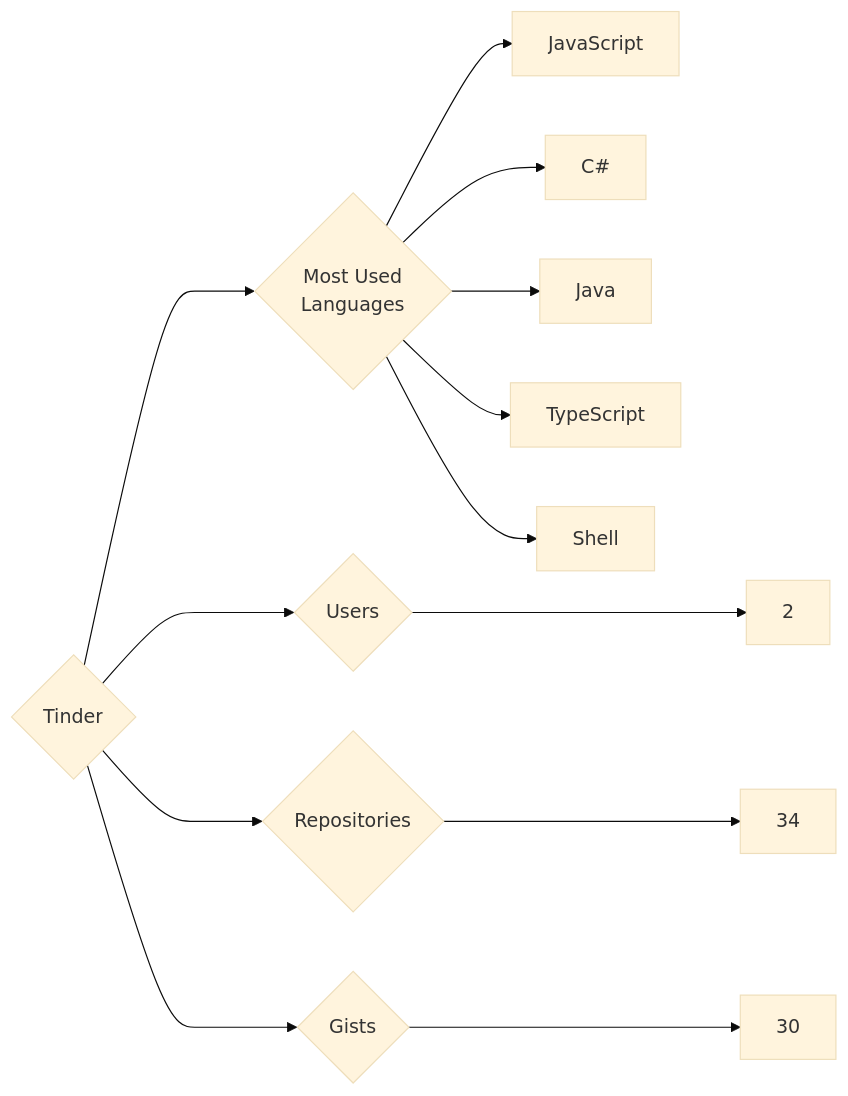
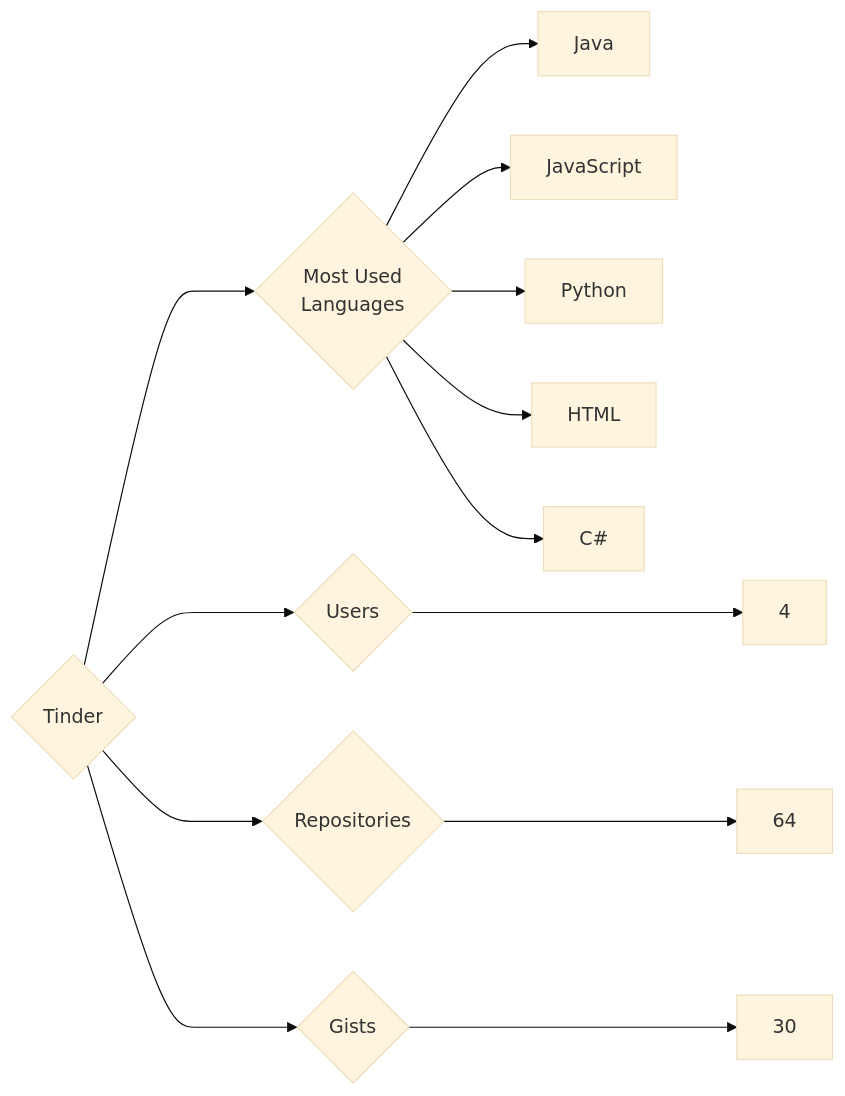
One commit to trickest/insiders changed the diagram in targets/Tinder/README.md. Above: the diagram before and after it, drawn with Mermaid (base theme). The commit also changed 895 other files, not shown here.

````diff
--- a/targets/Tinder/README.md
+++ b/targets/Tinder/README.md
@@ -3,13 +3,13 @@
 ```mermaid
 graph LR
 COMPANY_NAME{Tinder}
-COMPANY_NAME ---> U{Users} ---> UN[2]
-COMPANY_NAME ---> R{Repositories} ---> RN[34]
+COMPANY_NAME ---> U{Users} ---> UN[4]
+COMPANY_NAME ---> R{Repositories} ---> RN[64]
 COMPANY_NAME ---> G{Gists} ---> GN[30]
 COMPANY_NAME ---> ML{Most Used<br>Languages}
+ML --> Java[Java]
 ML --> JavaScript[JavaScript]
+ML --> Python[Python]
+ML --> HTML[HTML]
 ML --> C#[C#]
-ML --> Java[Java]
-ML --> TypeScript[TypeScript]
-ML --> Shell[Shell]
 ```
````
